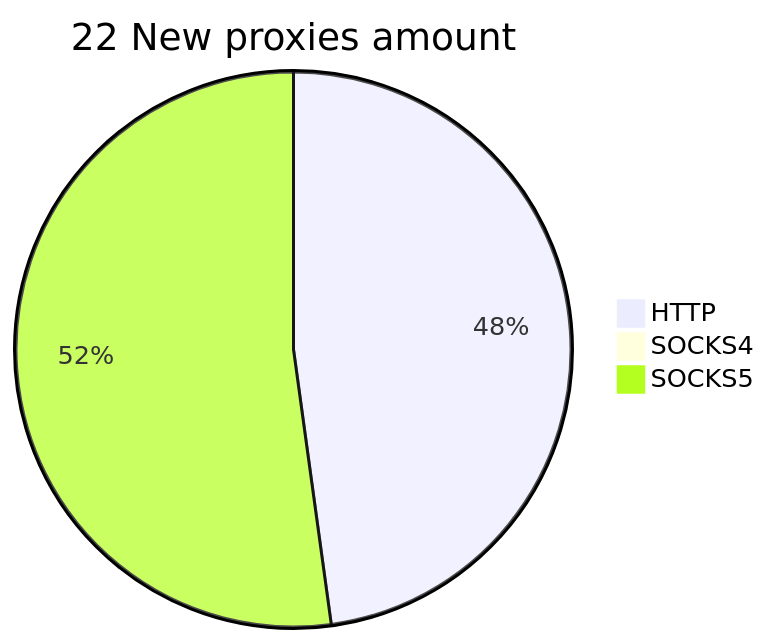
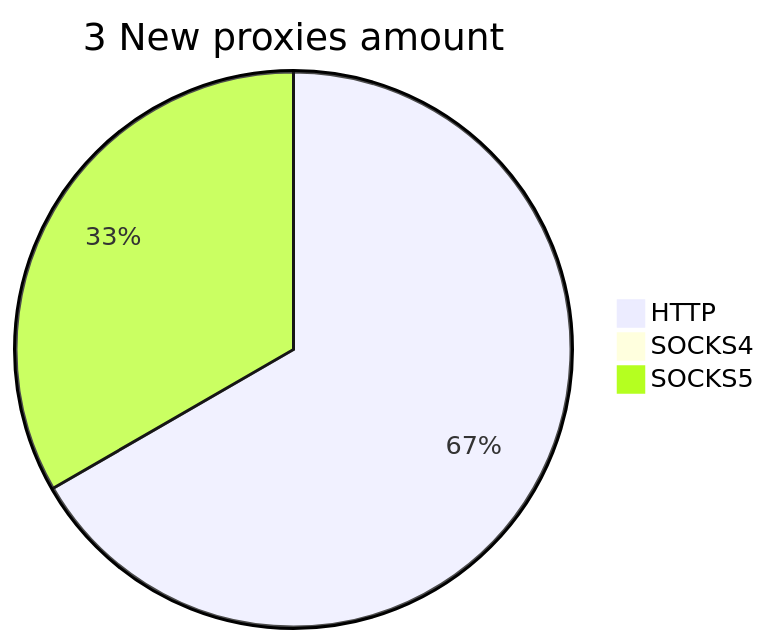
One commit to cutipu/proxylist changed the second of 2 diagrams in README.md. Above: the diagram before and after it, drawn with Mermaid. The commit also changed other lines of this file, not shown here.

````diff
--- a/README.md
+++ b/README.md
@@ -10,6 +10,6 @@
 ```mermaid
-pie title 22 New proxies amount
-    "HTTP" : 11
+pie title 3 New proxies amount
+    "HTTP" : 2
     "SOCKS4" : 0
-    "SOCKS5" : 12
+    "SOCKS5" : 1
 ```
````
